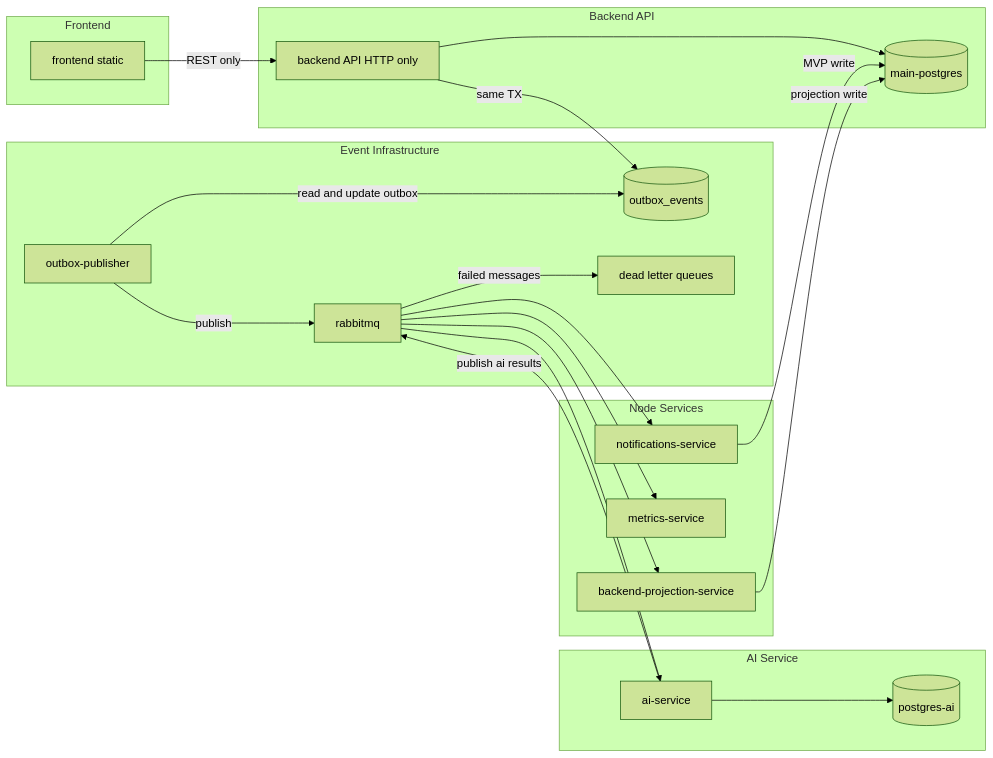
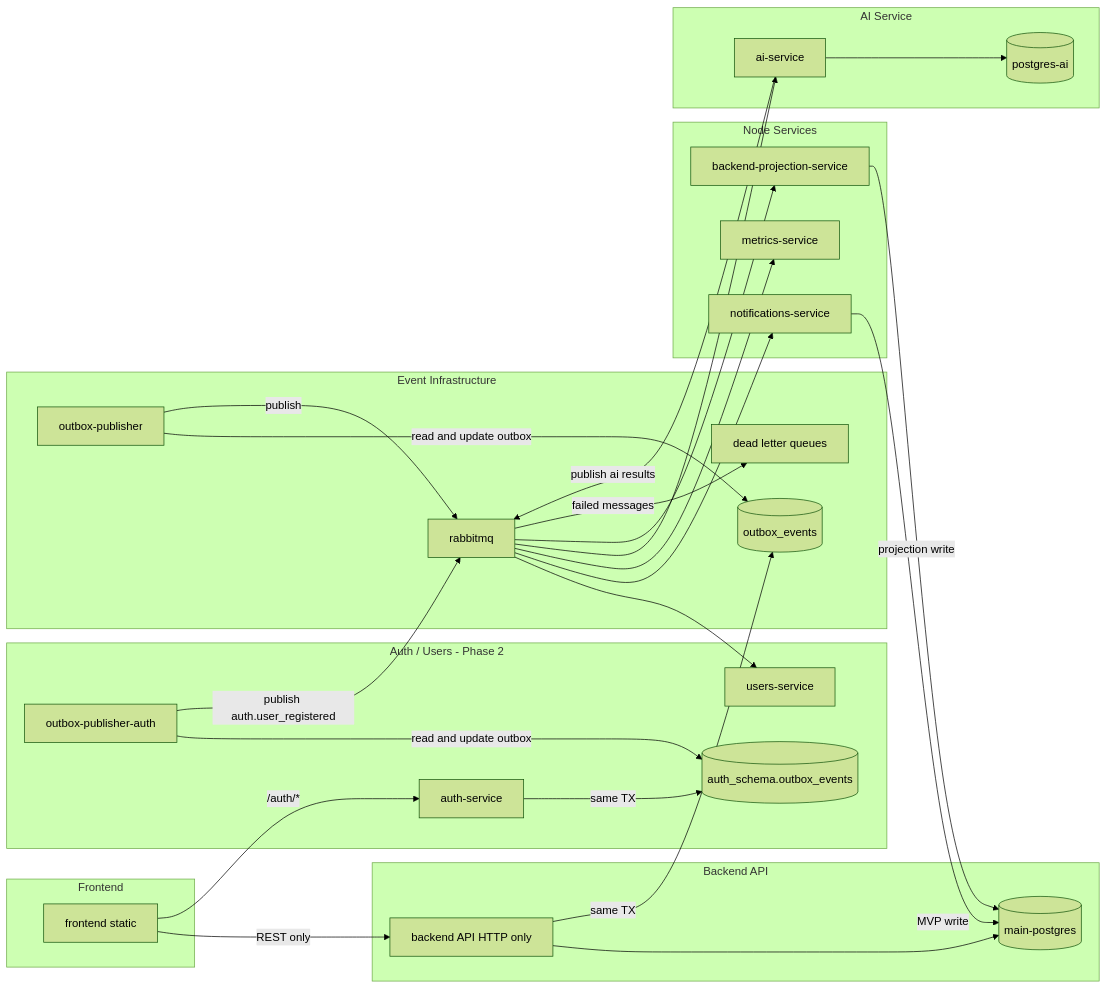
Before and after one commit to Vlad777mykola/crm-services: the diagram in docs/architecture/target-production-architecture.md, drawn with Mermaid (forest theme). The commit also changed other lines of this file and 62 other files, not shown here.

Commit message:
0.02: add auth , user

````diff
--- a/docs/architecture/target-production-architecture.md
+++ b/docs/architecture/target-production-architecture.md
@@ -33,44 +35,56 @@
 ```mermaid
 flowchart LR
   subgraph frontendLayer [Frontend]
     FE[frontend static]
   end
 
   subgraph apiLayer [Backend API]
     API[backend API HTTP only]
     PG[(main-postgres)]
+  end
+
+  subgraph authLayer [Auth / Users - Phase 2]
+    AUTH[auth-service]
+    AUTHOB[(auth_schema.outbox_events)]
+    AUTHOP[outbox-publisher-auth]
+    USERS[users-service]
   end
 
   subgraph eventLayer [Event Infrastructure]
     OB[(outbox_events)]
     OP[outbox-publisher]
     RMQ[rabbitmq]
     DLQ[dead letter queues]
   end
 
   subgraph nodeWorkers [Node Services]
     NS[notifications-service]
     MS[metrics-service]
     BP[backend-projection-service]
   end
 
   subgraph aiLayer [AI Service]
     AI[ai-service]
     PGAI[(postgres-ai)]
   end
 
   FE -->|REST only| API
+  FE -->|/auth/*| AUTH
   API --> PG
   API -->|same TX| OB
   OP -->|read and update outbox| OB
   OP -->|publish| RMQ
+  AUTH -->|same TX| AUTHOB
+  AUTHOP -->|read and update outbox| AUTHOB
+  AUTHOP -->|publish auth.user_registered| RMQ
+  RMQ --> USERS
   RMQ --> NS
   RMQ --> MS
   RMQ --> AI
   RMQ --> BP
   RMQ -->|failed messages| DLQ
   NS -->|MVP write| PG
   BP -->|projection write| PG
   AI --> PGAI
   AI -->|publish ai results| RMQ
 ```
````
